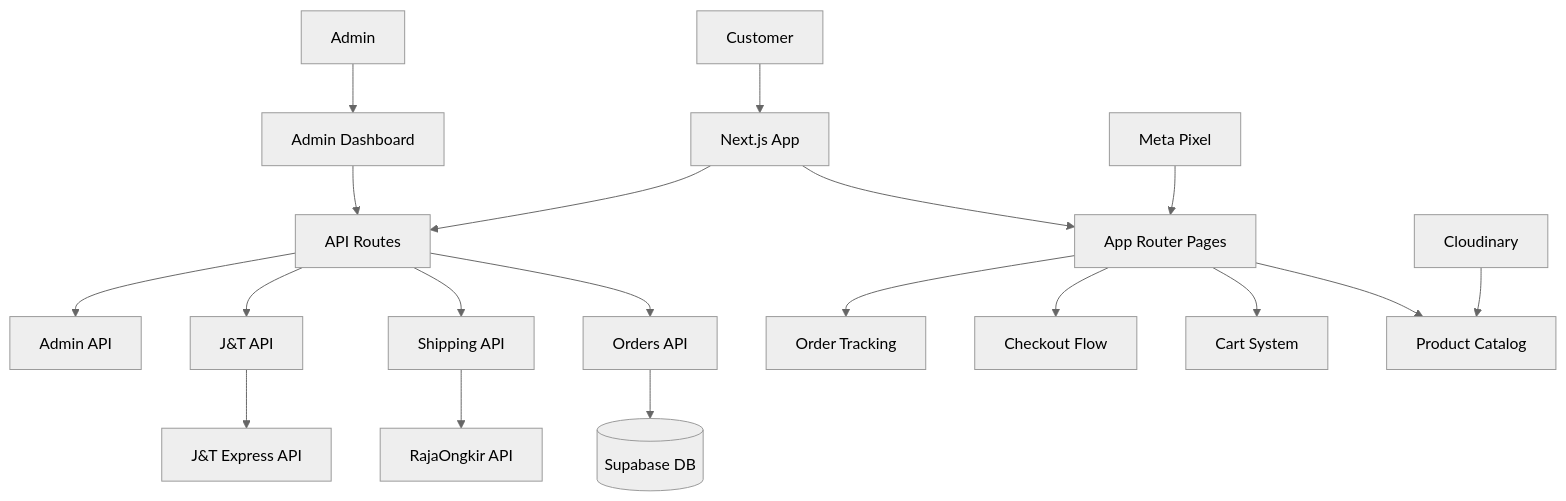
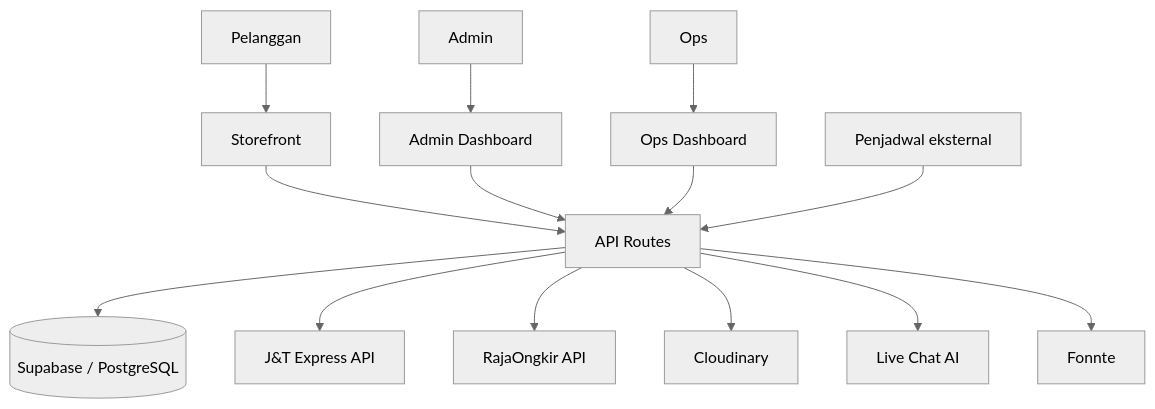
One commit to ersetdigital-sudo/samaqu changed the second of 2 diagrams in README.md. Above: the diagram before and after it, drawn with Mermaid (neutral theme). The commit also changed other lines of this file, not shown here.

````diff
--- a/README.md
+++ b/README.md
@@ -316,26 +175,19 @@
 ```mermaid
 flowchart TB
-    A[Customer] --> B[Next.js App]
-    B --> C[App Router Pages]
+    C[Pelanggan] --> SF[Storefront]
+    A[Admin] --> AD[Admin Dashboard]
+    O[Ops] --> OP[Ops Dashboard]
 
-    C --> D[Product Catalog]
-    C --> E[Cart System]
-    C --> F[Checkout Flow]
-    C --> G[Order Tracking]
+    SF --> API[API Routes]
+    AD --> API
+    OP --> API
 
-    B --> H[API Routes]
-    H --> I[Orders API]
-    H --> J[Shipping API]
-    H --> K[J&T API]
-    H --> L[Admin API]
+    API --> DB[(Supabase / PostgreSQL)]
+    API --> JNT[J&T Express API]
+    API --> RO[RajaOngkir API]
+    API --> CL[Cloudinary]
+    API --> AI[Live Chat AI]
+    API --> FN[Fonnte]
 
-    I --> M[(Supabase DB)]
-    J --> N[RajaOngkir API]
-    K --> O[J&T Express API]
-
-    P[Admin] --> Q[Admin Dashboard]
-    Q --> H
-
-    R[Cloudinary] --> D
-    S[Meta Pixel] --> C
+    CRON[Penjadwal eksternal] --> API
 ```
````
